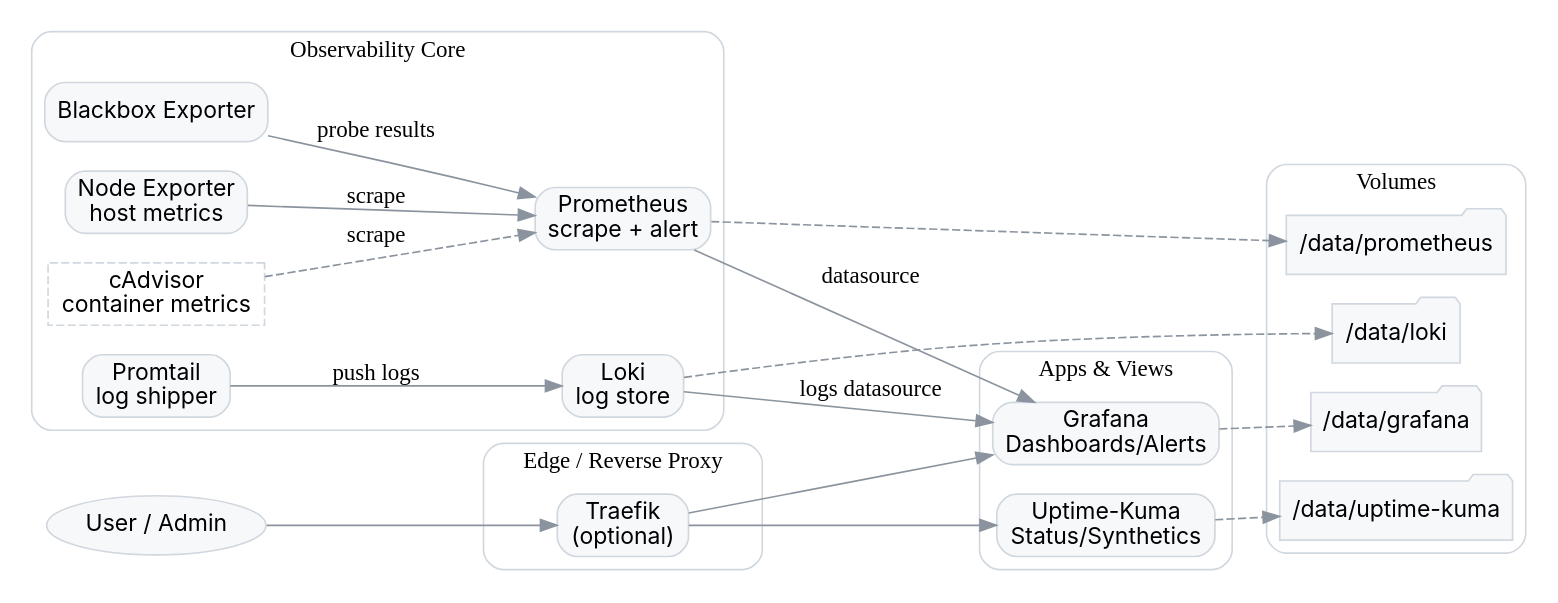
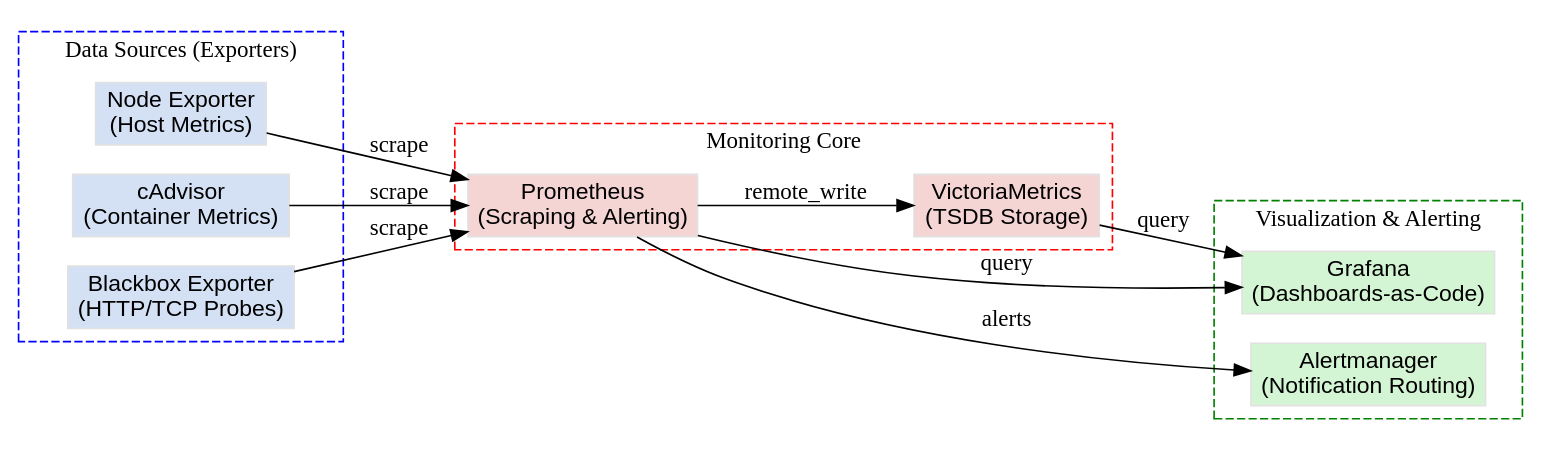
The diagram in docs/architecture.dot (dj-3dub/monitoring-stack), drawn with Graphviz before and after one commit. The commit also changed 43 other files, not shown here.

First line of the commit message:
feat: complete architectural refactor to Cloud-Native Observability

```diff
--- a/docs/architecture.dot
+++ b/docs/architecture.dot
@@ -1,56 +1,44 @@
-// docs/architecture.dot
-// Render: dot -Tpng docs/architecture.dot -o docs/architecture.png
-//         dot -Tsvg docs/architecture.dot -o docs/architecture.svg
+digraph G {
+    rankdir=LR;
+    node [shape=box, style=filled, color="#E1E1E1", fontname="Arial"];
+    compound=true;
 
-digraph MonitoringStack {
-  rankdir=LR;
-  node [shape=box, style="rounded,filled", fillcolor="#f6f8fa", color="#d0d7de", fontname="Inter"];
-  edge [color="#8b949e"]; 
+    subgraph cluster_exporters {
+        label = "Data Sources (Exporters)";
+        style = dashed;
+        color = blue;
+        node [fillcolor="#D4E1F5"];
+        node_exp [label="Node Exporter\n(Host Metrics)"];
+        cadvisor [label="cAdvisor\n(Container Metrics)"];
+        blackbox [label="Blackbox Exporter\n(HTTP/TCP Probes)"];
+    }
 
-  subgraph cluster_edge {
-    label="Edge / Reverse Proxy"; labelloc=t; color="#d0d7de"; style="rounded";
-    Traefik [label="Traefik\n(optional)"];
-  }
+    subgraph cluster_core {
+        label = "Monitoring Core";
+        style = dashed;
+        color = red;
+        node [fillcolor="#F5D4D4"];
+        prom [label="Prometheus\n(Scraping & Alerting)"];
+        vic [label="VictoriaMetrics\n(TSDB Storage)"];
+    }
 
-  subgraph cluster_apps {
-    label="Apps & Views"; color="#d0d7de"; style="rounded";
-    Grafana [label="Grafana\nDashboards/Alerts"];
-    Kuma [label="Uptime-Kuma\nStatus/Synthetics"];
-  }
+    subgraph cluster_output {
+        label = "Visualization & Alerting";
+        style = dashed;
+        color = green;
+        node [fillcolor="#D4F5D4"];
+        grafana [label="Grafana\n(Dashboards-as-Code)"];
+        alertmgr [label="Alertmanager\n(Notification Routing)"];
+    }
 
-  subgraph cluster_observability {
-    label="Observability Core"; color="#d0d7de"; style="rounded";
-    Prom [label="Prometheus\nscrape + alert"];
-    Blackbox [label="Blackbox Exporter"];
-    Loki [label="Loki\nlog store"];
-    Promtail [label="Promtail\nlog shipper"];
-    NodeExp [label="Node Exporter\nhost metrics"];
-    Cadvisor [label="cAdvisor\ncontainer metrics" style=dashed];
-  }
-
-  subgraph cluster_storage {
-    label="Volumes"; color="#d0d7de"; style="rounded";
-    vol_grafana [label="/data/grafana" shape=folder];
-    vol_prom [label="/data/prometheus" shape=folder];
-    vol_loki [label="/data/loki" shape=folder];
-    vol_kuma [label="/data/uptime-kuma" shape=folder];
-  }
-
-  User[shape=ellipse, label="User / Admin"];
-  User -> Traefik;
-  Traefik -> Grafana;
-  Traefik -> Kuma;
-
-  Prom -> Grafana [label="datasource"];
-  NodeExp -> Prom [label="scrape"];
-  Cadvisor -> Prom [label="scrape" style=dashed];
-  Blackbox -> Prom [label="probe results"];
-
-  Promtail -> Loki [label="push logs"];
-  Loki -> Grafana [label="logs datasource"];
-
-  Grafana -> vol_grafana [style=dashed];
-  Prom -> vol_prom [style=dashed];
-  Loki -> vol_loki [style=dashed];
-  Kuma -> vol_kuma [style=dashed];
+    # Data Flow
+    node_exp -> prom [label="scrape"];
+    cadvisor -> prom [label="scrape"];
+    blackbox -> prom [label="scrape"];
+    
+    prom -> vic [label="remote_write"];
+    prom -> alertmgr [label="alerts"];
+    
+    vic -> grafana [label="query"];
+    prom -> grafana [label="query"];
 }
```
